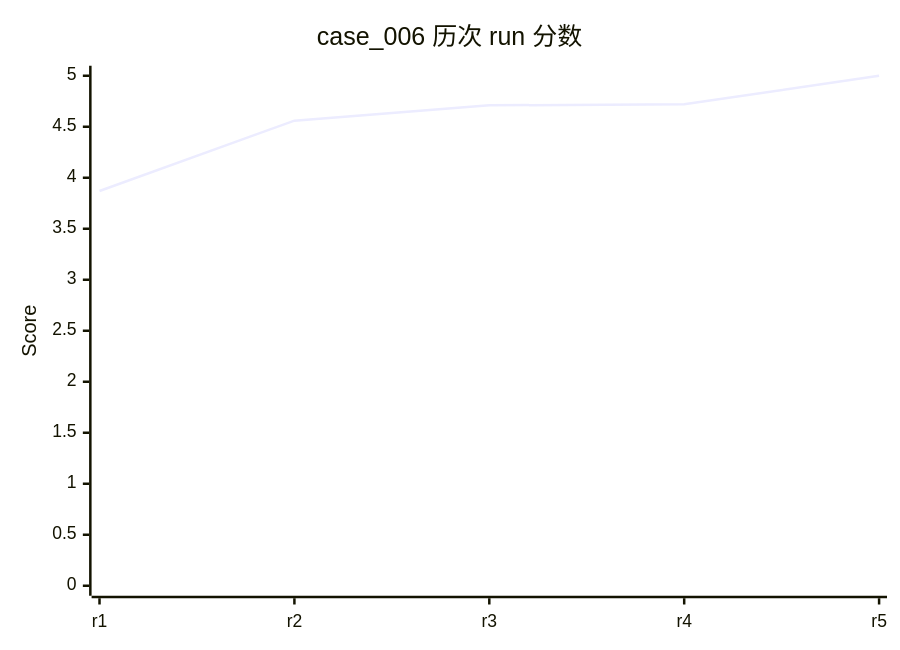
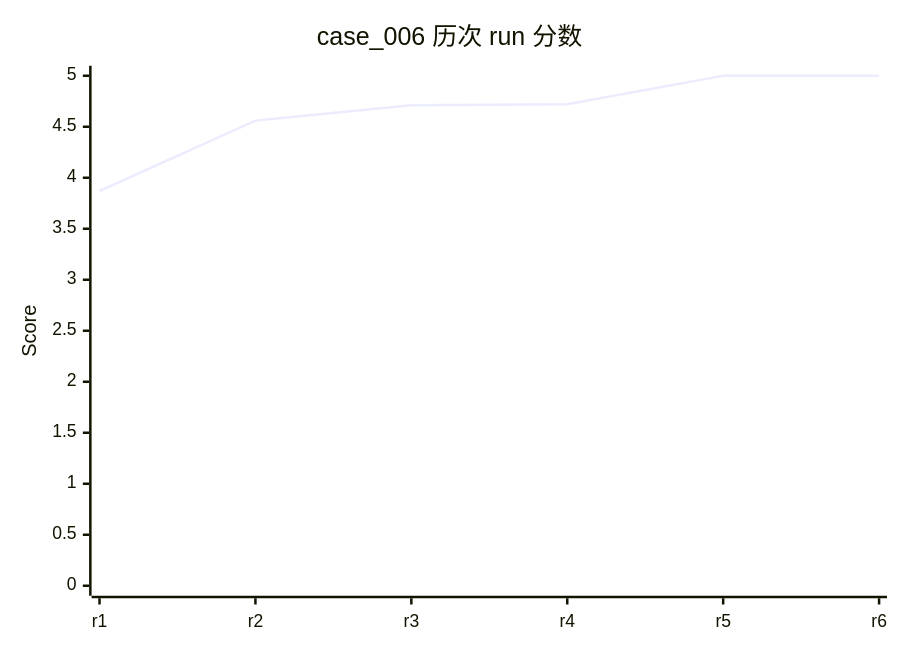
Before and after one commit to rushengzhou/sid-code: diagram 12 of 58 in evals/DASHBOARD.md, drawn with Mermaid. The commit also changed other lines of this file and 108 other files, not shown here.

````diff
--- a/evals/DASHBOARD.md
+++ b/evals/DASHBOARD.md
@@ -317,7 +318,7 @@
 ```mermaid
 xychart-beta
     title "case_006 历次 run 分数"
-    x-axis [r1, r2, r3, r4, r5]
+    x-axis [r1, r2, r3, r4, r5, r6]
     y-axis "Score" 0 --> 5
-    line [3.87, 4.56, 4.71, 4.72, 5.00]
+    line [3.87, 4.56, 4.71, 4.72, 5.00, 5.00]
 ```
````
